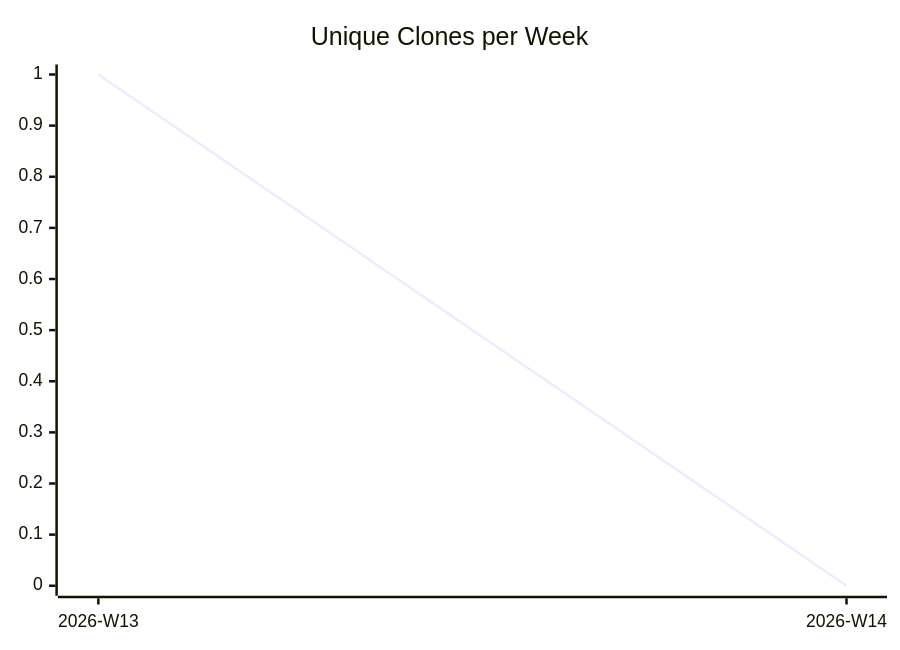
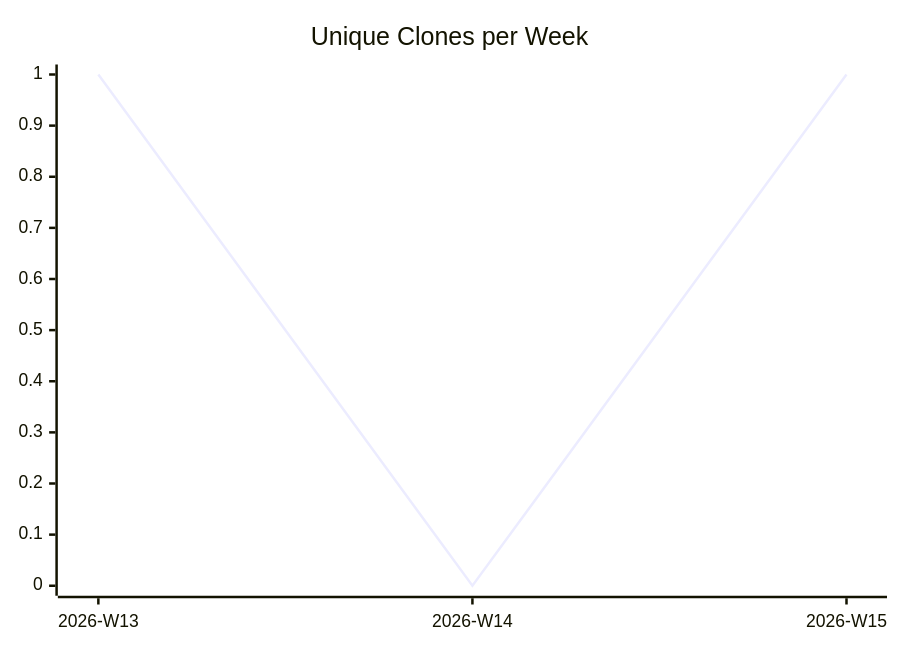
One commit to justdavis-family/github-analytics-data changed the third of 3 diagrams in karlmdavis/puppet-archive/README.md. Above: the diagram before and after it, drawn with Mermaid. The commit also changed other lines of this file and 191 other files, not shown here.

````diff
--- a/karlmdavis/puppet-archive/README.md
+++ b/karlmdavis/puppet-archive/README.md
@@ -19,6 +19,6 @@
 ```mermaid
 xychart-beta
   title "Unique Clones per Week"
-  x-axis ["2026-W13", "2026-W14"]
-  line [1, 0]
+  x-axis ["2026-W13", "2026-W14", "2026-W15"]
+  line [1, 0, 1]
 ```
````
